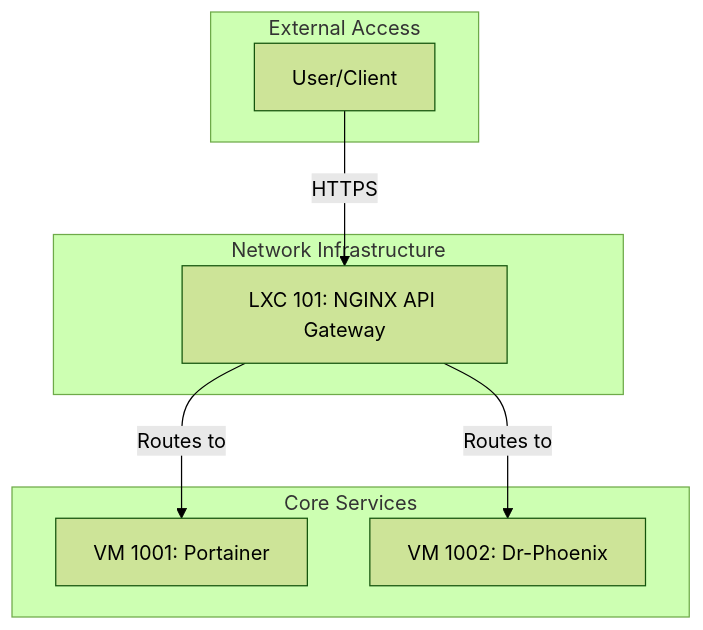
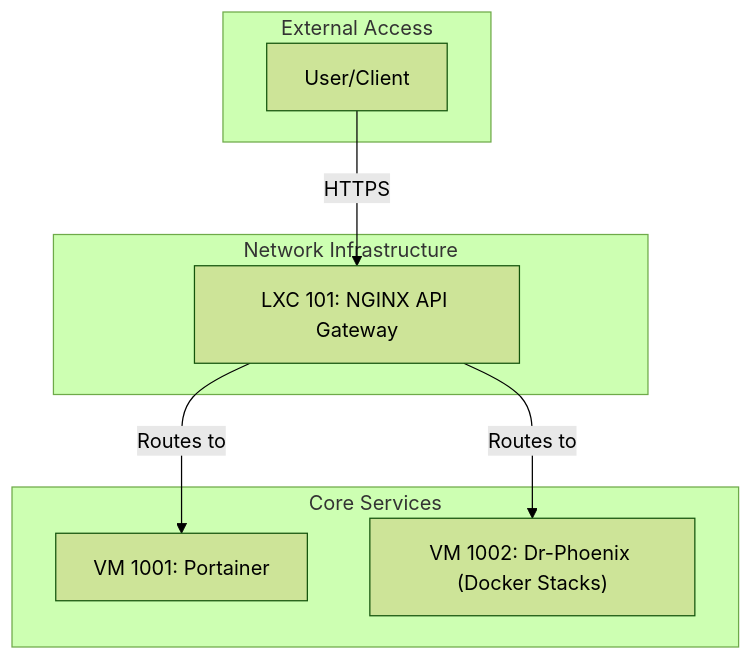
One commit to SirHeads/Testing-ideas changed the diagram in Thinkheads.AI_docs/03_phoenix_hypervisor_implementation/00_guides/02_lxc_container_implementation_guide.md. Above: the diagram before and after it, drawn with Mermaid (forest theme). The commit also changed other lines of this file and 31 other files, not shown here.

````diff
--- a/Thinkheads.AI_docs/03_phoenix_hypervisor_implementation/00_guides/02_lxc_container_implementation_guide.md
+++ b/Thinkheads.AI_docs/03_phoenix_hypervisor_implementation/00_guides/02_lxc_container_implementation_guide.md
@@ -34,19 +34,19 @@
 ```mermaid
 graph TD
     subgraph "External Access"
         User[User/Client]
     end
 
     subgraph "Network Infrastructure"
         API_Gateway[LXC 101: NGINX API Gateway]
     end
 
     subgraph "Core Services"
         VM1001["VM 1001: Portainer"]
-        VM1002["VM 1002: Dr-Phoenix"]
+        VM1002["VM 1002: Dr-Phoenix (Docker Stacks)"]
     end
 
     User -- HTTPS --> API_Gateway
     API_Gateway -- Routes to --> VM1001
     API_Gateway -- Routes to --> VM1002
 ```
````
